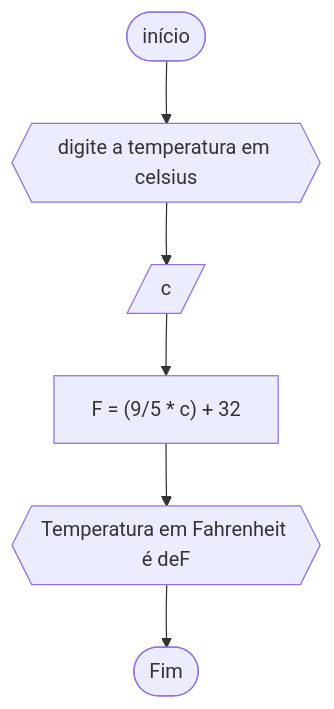
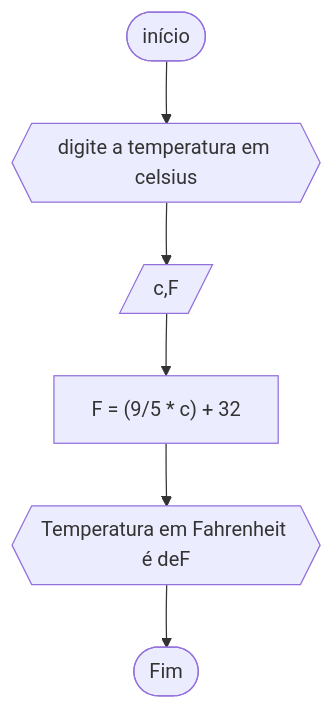
The second of 15 diagrams in RLA/RLA2/20exercícios_RLA.md (yeesusu/UNIFOR), drawn with Mermaid before and after one commit. The commit also changed other lines of this file, not shown here.

````diff
--- a/RLA/RLA2/20exercícios_RLA.md
+++ b/RLA/RLA2/20exercícios_RLA.md
@@ -29,9 +29,9 @@
 ```mermaid
 flowchart TD
 A([início ])-->B{{digite a temperatura em celsius}}
-B-->C[/c/]
+B-->C[/c,F/]
 C-->D["F = (9/5 * c) + 32"]
 D-->E{{"Temperatura em Fahrenheit é de"F}}
 E-->Z([Fim])
 
 ```
````
